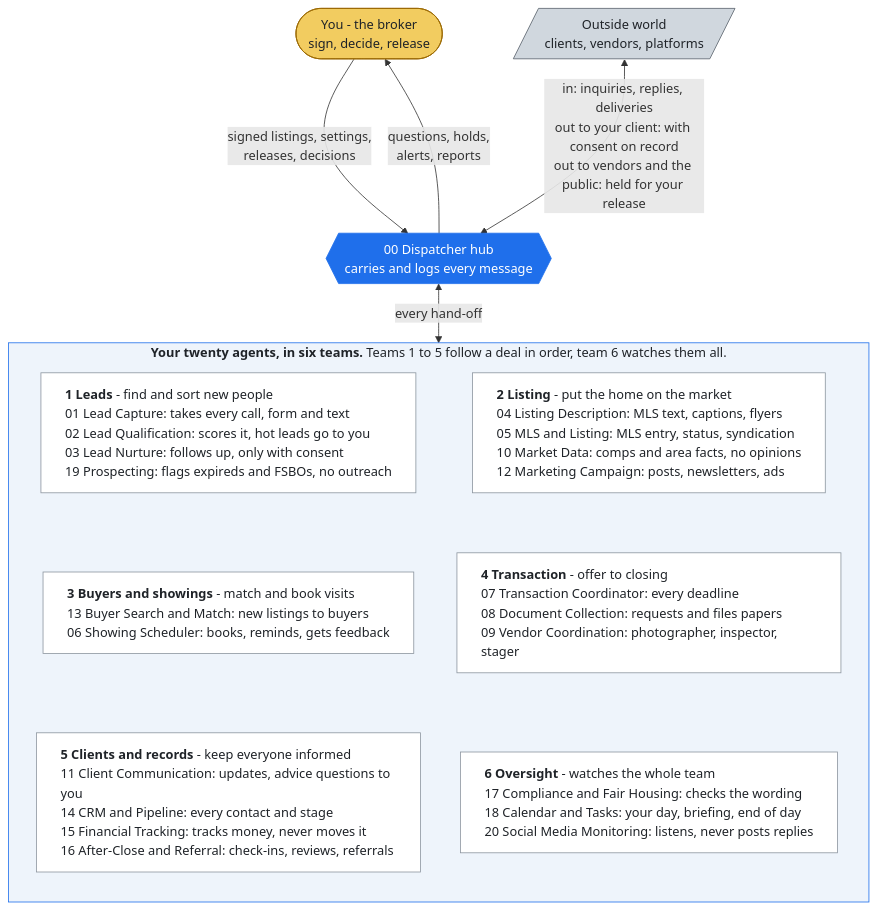
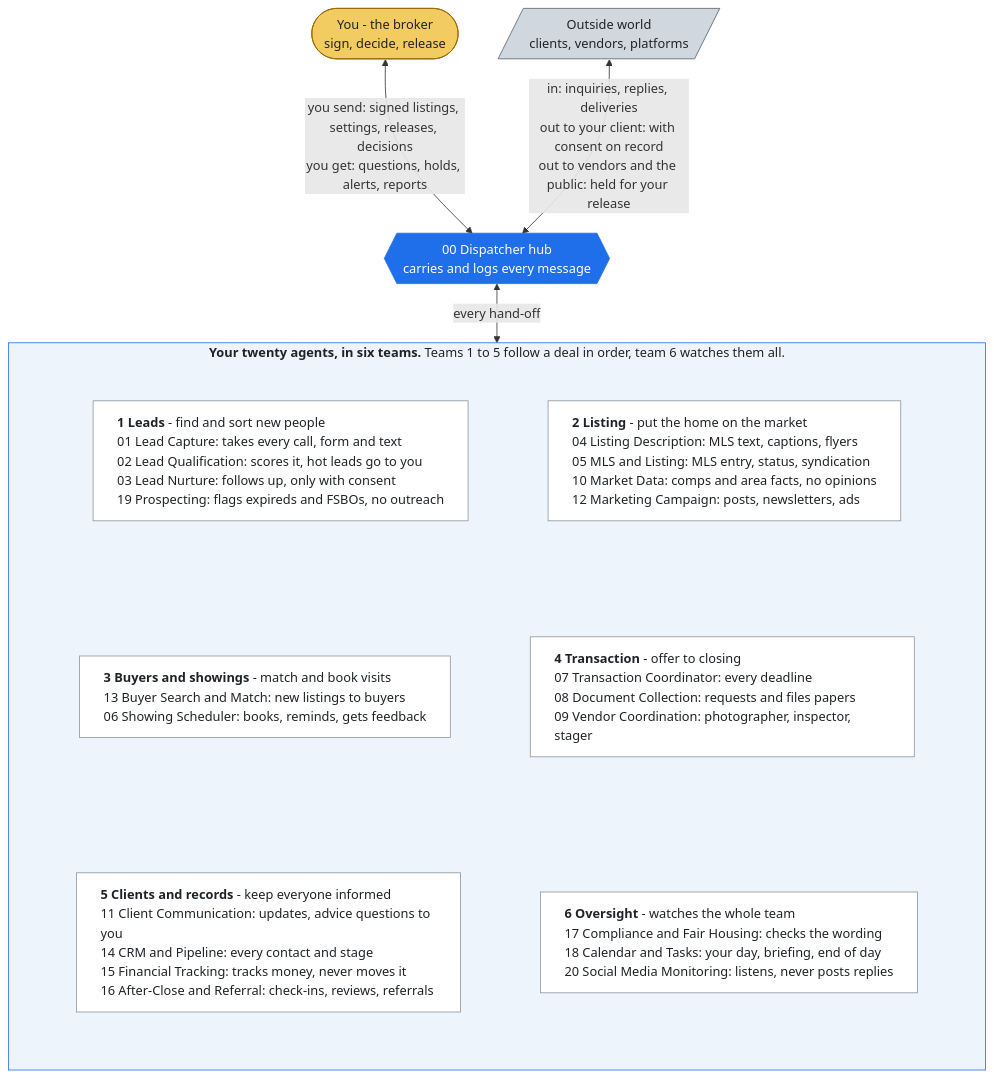
One commit to QuietFireAI/listing-assistants changed the first of 4 diagrams in README.md. Above: the diagram before and after it, drawn with Mermaid. The commit also changed 5 other files, not shown here.

First line of the commit message:
Team diagram: pin the card order and the broker above the hub on GitHub

````diff
--- a/README.md
+++ b/README.md
@@ -36,31 +36,44 @@
 ```mermaid
 %%{init: {"flowchart": {"wrappingWidth": 420}}}%%
 flowchart TB
     B(["You - the broker<br/>sign, decide, release"])
     H{{"00 Dispatcher hub<br/>carries and logs every message"}}
     X[/"Outside world<br/>clients, vendors, platforms"/]
-    B -- "signed listings, settings,<br/>releases, decisions" --> H
-    H -- "questions, holds,<br/>alerts, reports" --> B
+    B <-- "you send: signed listings, settings, releases, decisions<br/>you get: questions, holds, alerts, reports" --> H
     X <-- "in: inquiries, replies, deliveries<br/>out to your client: with consent on record<br/>out to vendors and the public: held for your release" --> H
     subgraph TEAMBOX["<b>Your twenty agents, in six teams.</b> Teams 1 to 5 follow a deal in order, team 6 watches them all."]
         direction TB
-        LEADS["<b>1 Leads</b> - find and sort new people<br/>01 Lead Capture: takes every call, form and text<br/>02 Lead Qualification: scores it, hot leads go to you<br/>03 Lead Nurture: follows up, only with consent<br/>19 Prospecting: flags expireds and FSBOs, no outreach"]
-        LISTING["<b>2 Listing</b> - put the home on the market<br/>04 Listing Description: MLS text, captions, flyers<br/>05 MLS and Listing: MLS entry, status, syndication<br/>10 Market Data: comps and area facts, no opinions<br/>12 Marketing Campaign: posts, newsletters, ads"]
-        BUYERS["<b>3 Buyers and showings</b> - match and book visits<br/>13 Buyer Search and Match: new listings to buyers<br/>06 Showing Scheduler: books, reminds, gets feedback"]
-        DEAL["<b>4 Transaction</b> - offer to closing<br/>07 Transaction Coordinator: every deadline<br/>08 Document Collection: requests and files papers<br/>09 Vendor Coordination: photographer, inspector, stager"]
-        RECORDS["<b>5 Clients and records</b> - keep everyone informed<br/>11 Client Communication: updates, advice questions to you<br/>14 CRM and Pipeline: every contact and stage<br/>15 Financial Tracking: tracks money, never moves it<br/>16 After-Close and Referral: check-ins, reviews, referrals"]
-        OVERSIGHT["<b>6 Oversight</b> - watches the whole team<br/>17 Compliance and Fair Housing: checks the wording<br/>18 Calendar and Tasks: your day, briefing, end of day<br/>20 Social Media Monitoring: listens, never posts replies"]
-        LEADS ~~~ BUYERS ~~~ RECORDS
-        LISTING ~~~ DEAL ~~~ OVERSIGHT
+        subgraph ROW1[" "]
+            direction LR
+            LEADS["<b>1 Leads</b> - find and sort new people<br/>01 Lead Capture: takes every call, form and text<br/>02 Lead Qualification: scores it, hot leads go to you<br/>03 Lead Nurture: follows up, only with consent<br/>19 Prospecting: flags expireds and FSBOs, no outreach"]
+            LISTING["<b>2 Listing</b> - put the home on the market<br/>04 Listing Description: MLS text, captions, flyers<br/>05 MLS and Listing: MLS entry, status, syndication<br/>10 Market Data: comps and area facts, no opinions<br/>12 Marketing Campaign: posts, newsletters, ads"]
+            LEADS ~~~ LISTING
+        end
+        subgraph ROW2[" "]
+            direction LR
+            BUYERS["<b>3 Buyers and showings</b> - match and book visits<br/>13 Buyer Search and Match: new listings to buyers<br/>06 Showing Scheduler: books, reminds, gets feedback"]
+            DEAL["<b>4 Transaction</b> - offer to closing<br/>07 Transaction Coordinator: every deadline<br/>08 Document Collection: requests and files papers<br/>09 Vendor Coordination: photographer, inspector, stager"]
+            BUYERS ~~~ DEAL
+        end
+        subgraph ROW3[" "]
+            direction LR
+            RECORDS["<b>5 Clients and records</b> - keep everyone informed<br/>11 Client Communication: updates, advice questions to you<br/>14 CRM and Pipeline: every contact and stage<br/>15 Financial Tracking: tracks money, never moves it<br/>16 After-Close and Referral: check-ins, reviews, referrals"]
+            OVERSIGHT["<b>6 Oversight</b> - watches the whole team<br/>17 Compliance and Fair Housing: checks the wording<br/>18 Calendar and Tasks: your day, briefing, end of day<br/>20 Social Media Monitoring: listens, never posts replies"]
+            RECORDS ~~~ OVERSIGHT
+        end
+        ROW1 ~~~ ROW2 ~~~ ROW3
     end
     H <-- "every hand-off" --> TEAMBOX
     classDef grp fill:#ffffff,stroke:#8c959f,color:#1f2328,text-align:left
     classDef you fill:#f2cc60,stroke:#9a6700,color:#1f2328
     classDef hub fill:#1f6feb,stroke:#1f6feb,color:#ffffff
     classDef out fill:#d0d7de,stroke:#57606a,color:#1f2328
     class B you
     class H hub
     class X out
     class LEADS,LISTING,BUYERS,DEAL,RECORDS,OVERSIGHT grp
     style TEAMBOX fill:#eef4fb,stroke:#1f6feb,color:#1f2328
+    style ROW1 fill:none,stroke:none
+    style ROW2 fill:none,stroke:none
+    style ROW3 fill:none,stroke:none
 ```
````
